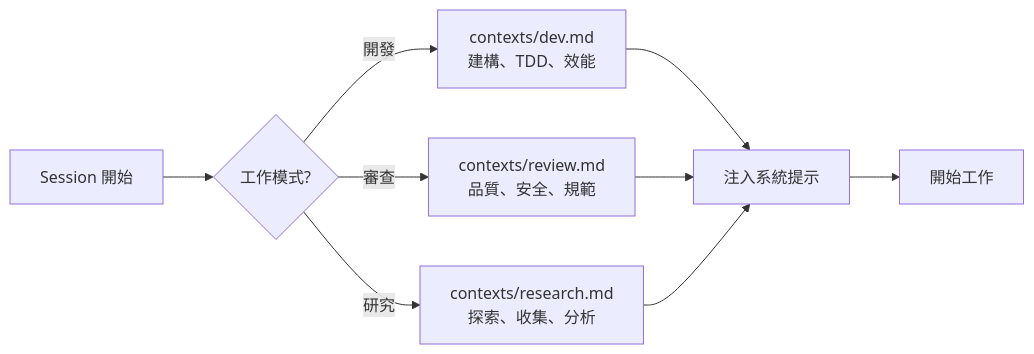
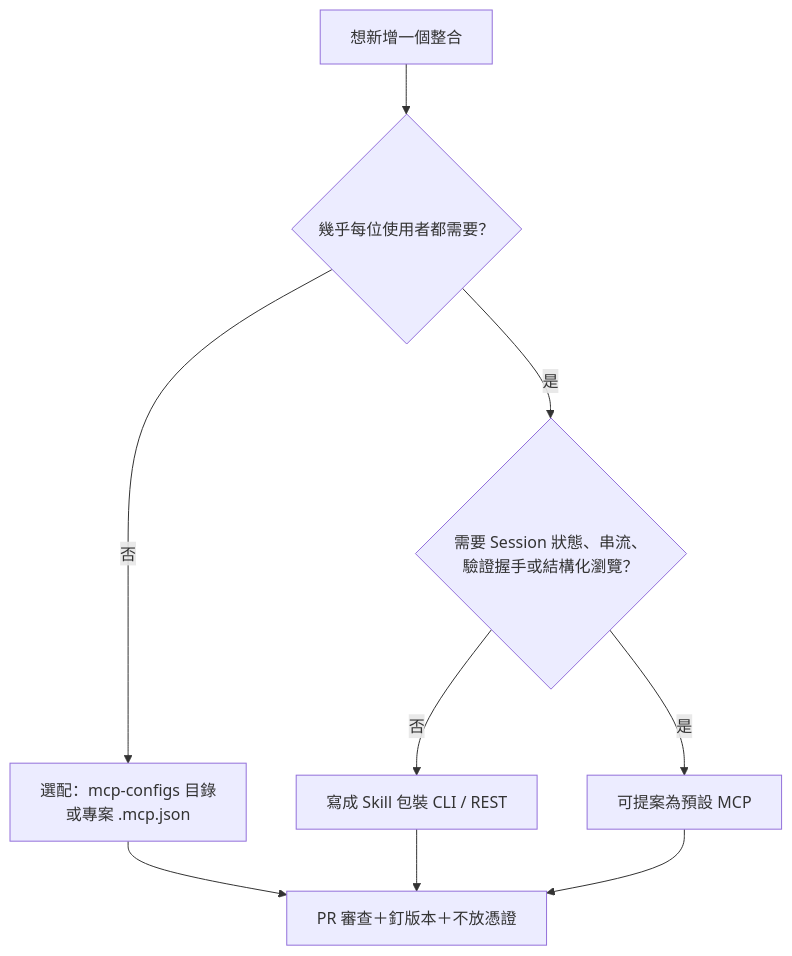
One commit to chihhung/Blog changed the sixth of 29 diagrams in content/posts/教學/AI開發/Everything Claude Code 教學手冊.md. Above: the diagram before and after it, drawn with Mermaid. The commit also changed other lines of this file, not shown here.

````diff
--- a/content/posts/教學/AI開發/Everything Claude Code 教學手冊.md
+++ b/content/posts/教學/AI開發/Everything Claude Code 教學手冊.md
@@ -907,11 +1473,11 @@
 ```mermaid
-graph LR
-    A["Session 開始"] --> B{工作模式?}
-    B -->|開發| C["contexts/dev.md<br/>建構、TDD、效能"]
-    B -->|審查| D["contexts/review.md<br/>品質、安全、規範"]
-    B -->|研究| E["contexts/research.md<br/>探索、收集、分析"]
-    C --> F["注入系統提示"]
-    D --> F
-    E --> F
-    F --> G["開始工作"]
+graph TD
+    Q["想新增一個整合"] --> U{"幾乎每位使用者都需要？"}
+    U -->|否| Opt["選配：mcp-configs 目錄<br/>或專案 .mcp.json"]
+    U -->|是| S{"需要 Session 狀態、串流、<br/>驗證握手或結構化瀏覽？"}
+    S -->|否| Sk["寫成 Skill 包裝 CLI / REST"]
+    S -->|是| Def["可提案為預設 MCP"]
+    Opt --> Rev["PR 審查＋釘版本＋不放憑證"]
+    Sk --> Rev
+    Def --> Rev
 ```
````
